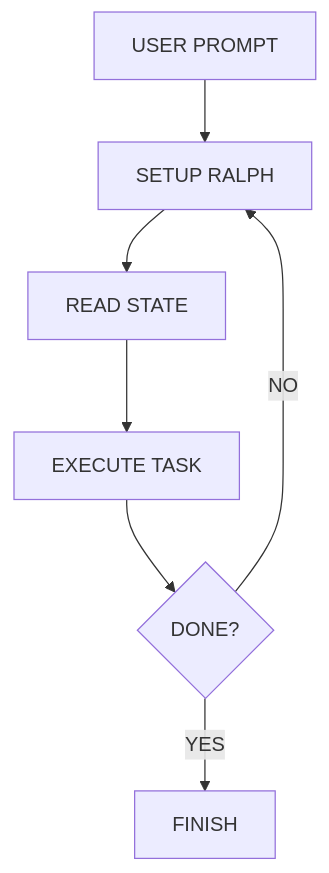
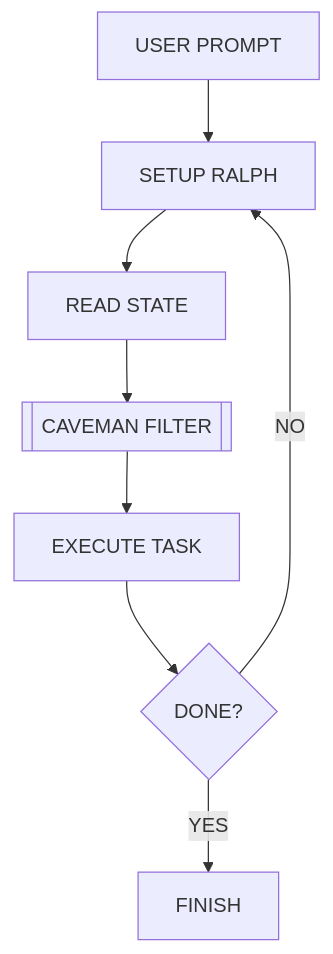
One commit to Ratkiller446/ralph-caveman changed the diagram in README.md. Above: the diagram before and after it, drawn with Mermaid.

Commit message:
docs: add caveman filter to loop flow chart

````diff
--- a/README.md
+++ b/README.md
@@ -88,9 +88,10 @@
 ```mermaid
 graph TD
   Prompt[USER PROMPT] --> Setup[SETUP RALPH]
   Setup --> State[READ STATE]
-  State --> Exec[EXECUTE TASK]
+  State --> Caveman[[CAVEMAN FILTER]]
+  Caveman --> Exec[EXECUTE TASK]
   Exec --> Loop{DONE?}
   Loop -- NO --> Setup
   Loop -- YES --> Finish[FINISH]
 ```
````
